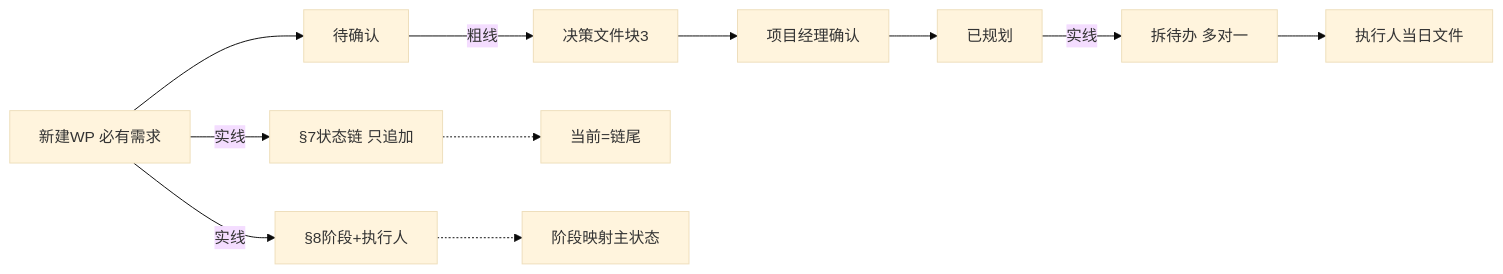
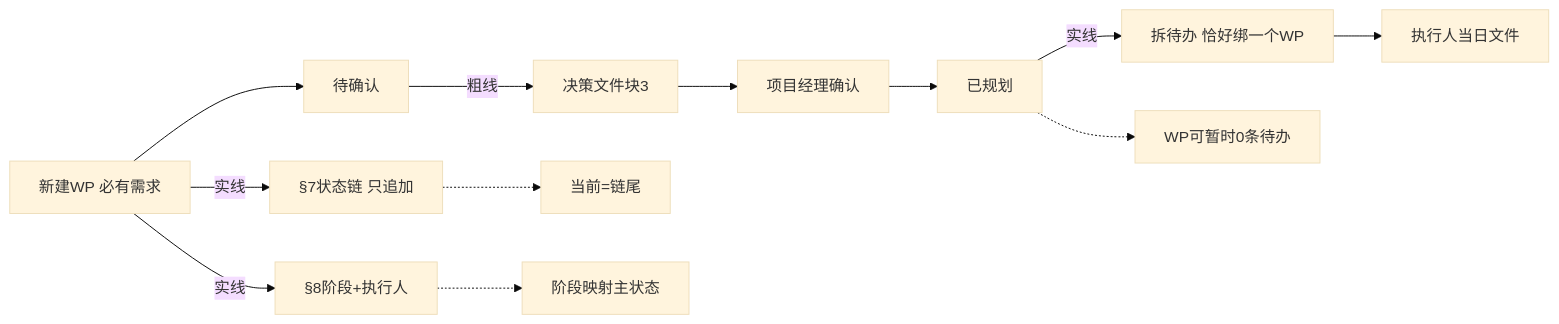
Before and after one commit to qiusuo0226/chrono-pm-skill: the fifth of 20 diagrams in ChronoPM-Project/SKILL_MODULE_MAP.md, drawn with Mermaid (base theme). The commit also changed other lines of this file and 6 other files, not shown here.

Commit message:
3.12.0 节点5：示例、模块流程图、README同步

````diff
--- a/ChronoPM-Project/SKILL_MODULE_MAP.md
+++ b/ChronoPM-Project/SKILL_MODULE_MAP.md
@@ -51,13 +51,14 @@
 ```mermaid
 flowchart LR
   NEW[新建WP 必有需求] -->|实线| H7[§7状态链 只追加]
   NEW -->|实线| H8[§8阶段+执行人]
   NEW --> PEND[待确认]
   PEND -->|粗线| B3[决策文件块3]
   B3 --> PM[项目经理确认]
   PM --> PLANED[已规划]
-  PLANED -->|实线| TD[拆待办 多对一]
+  PLANED -->|实线| TD[拆待办 恰好绑一个WP]
   TD --> OWNER[执行人当日文件]
+  PLANED -.-> Z[WP可暂时0条待办]
   H7 -.-> CUR[当前=链尾]
   H8 -.-> MAP[阶段映射主状态]
 ```
````
